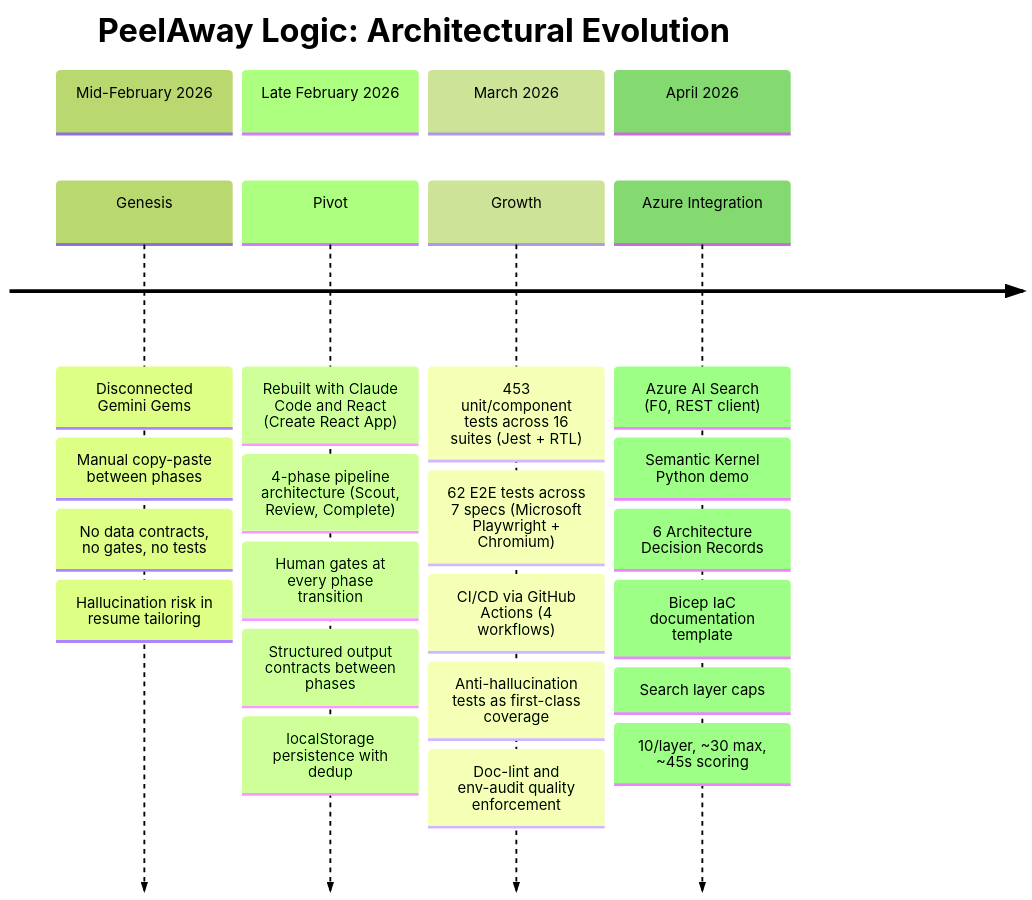
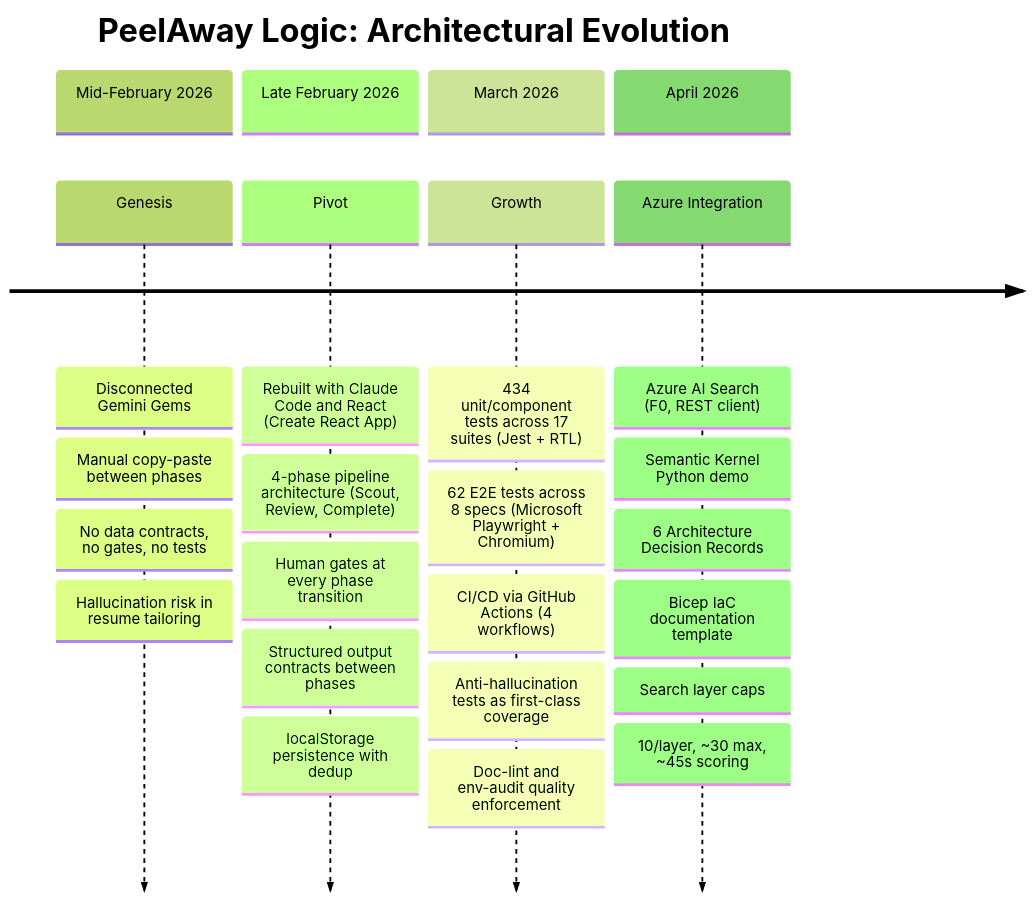
One commit to CarmenReed/AI-Claude-Code-Ecosystem changed the diagram in peelaway-logic/docs/architecture/diagrams/evolution-timeline.mermaid. Above: the diagram before and after it, drawn with Mermaid (forest theme). The commit also changed 4 other files, not shown here.

```diff
--- a/peelaway-logic/docs/architecture/diagrams/evolution-timeline.mermaid
+++ b/peelaway-logic/docs/architecture/diagrams/evolution-timeline.mermaid
@@ -1,29 +1,29 @@
 %% PeelAway Logic: Architectural Evolution Timeline
 %% Shows the journey from disconnected Gemini Gems to governed agentic pipeline
 %% Each section represents a meaningful architectural phase, not just a calendar period
 
 timeline
     title PeelAway Logic: Architectural Evolution
     section Mid-February 2026
         Genesis : Disconnected Gemini Gems
                 : Manual copy-paste between phases
                 : No data contracts, no gates, no tests
                 : Hallucination risk in resume tailoring
     section Late February 2026
         Pivot : Rebuilt with Claude Code and React (Create React App)
               : 4-phase pipeline architecture (Scout, Review, Complete)
               : Human gates at every phase transition
               : Structured output contracts between phases
               : localStorage persistence with dedup
     section March 2026
-        Growth : 453 unit/component tests across 16 suites (Jest + RTL)
-               : 62 E2E tests across 7 specs (Microsoft Playwright + Chromium)
+        Growth : 434 unit/component tests across 17 suites (Jest + RTL)
+               : 62 E2E tests across 8 specs (Microsoft Playwright + Chromium)
                : CI/CD via GitHub Actions (4 workflows)
                : Anti-hallucination tests as first-class coverage
                : Doc-lint and env-audit quality enforcement
     section April 2026
         Azure Integration : Azure AI Search (F0, REST client)
                           : Semantic Kernel Python demo
                           : 6 Architecture Decision Records
                           : Bicep IaC documentation template
                           : Search layer caps: 10/layer, ~30 max, ~45s scoring
```
